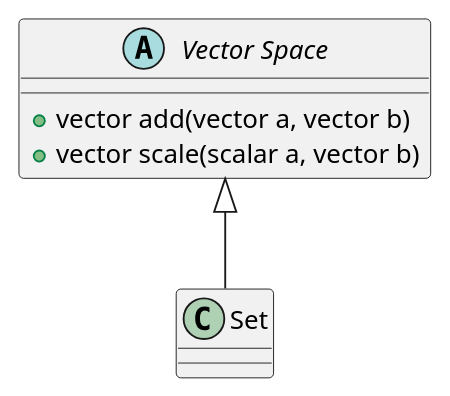
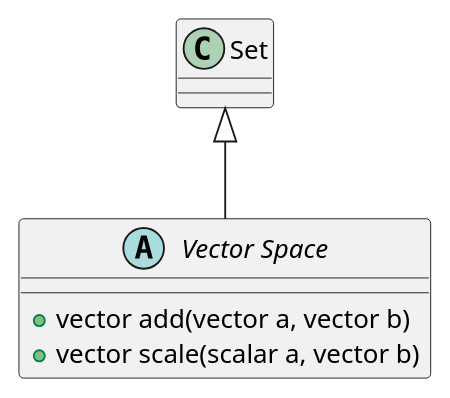
Before and after one commit to ashwinreddy/wiki: the diagram in Mathematics/Linear-Algebra/Vector space.md, drawn with PlantUML.

Commit message:
Updated Vector space.md (markdown)

```diff
--- a/Mathematics/Linear-Algebra/Vector space.md
+++ b/Mathematics/Linear-Algebra/Vector space.md
@@ -3,8 +3,8 @@
 @startuml
 abstract class "Vector Space" {
     +vector add(vector a, vector b)
     +vector scale(scalar a, vector b)
 }
 
-"Vector Space" <|-- "Set"
+"Set" <|-- "Vector Space"
 @enduml
```
